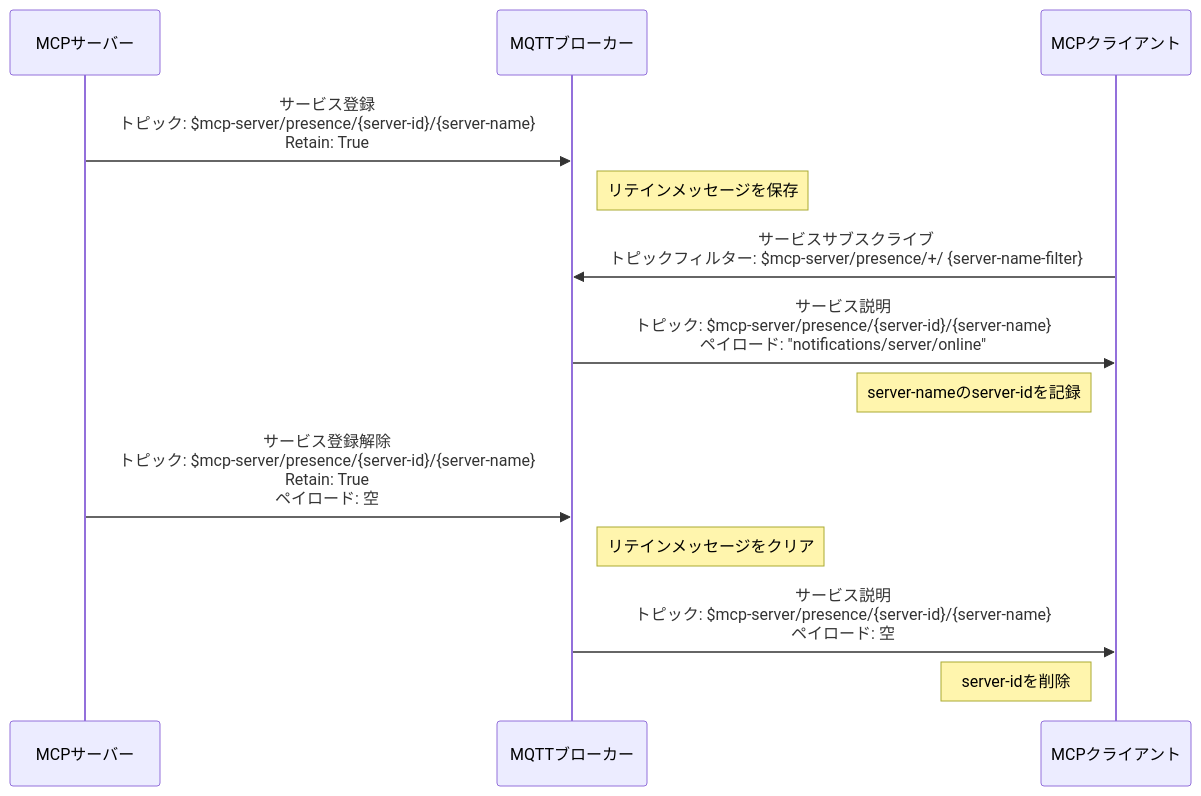
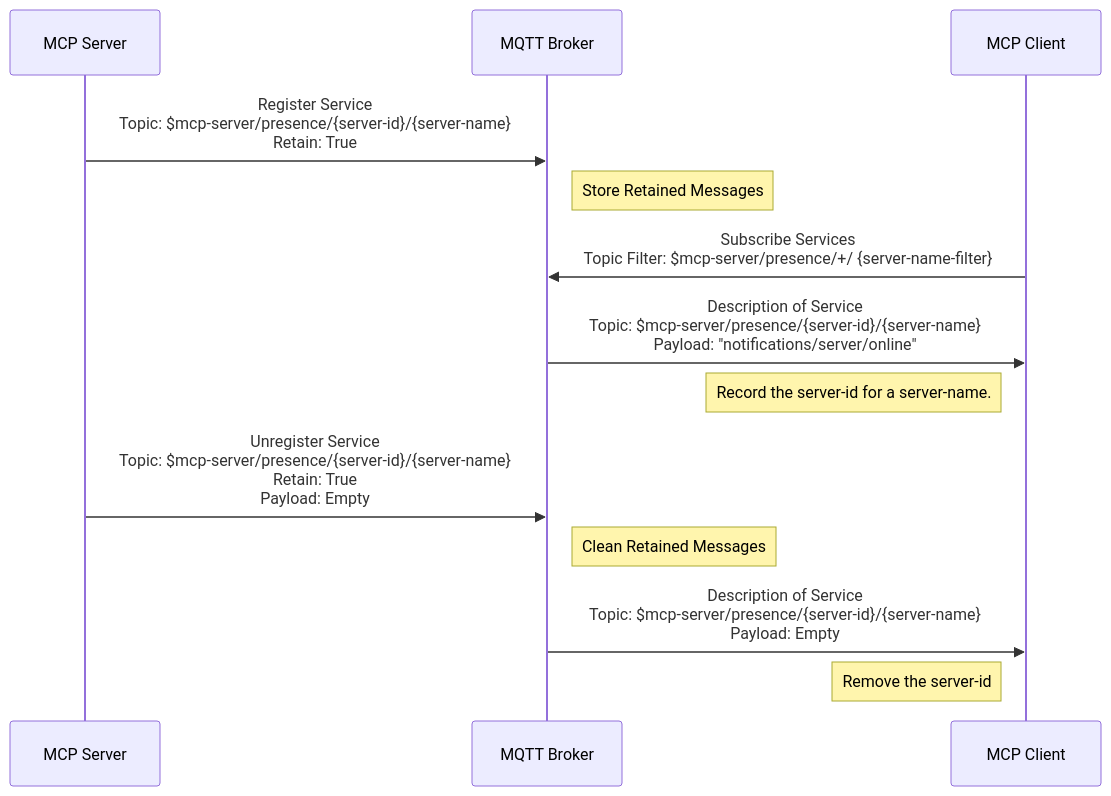
The first of 4 diagrams in ja_JP/develop/emqx-ai/mcp-over-mqtt/specification.md (emqx/emqx-docs), drawn with Mermaid before and after one commit. The commit also changed other lines of this file and 425 other files, not shown here.

````diff
--- a/ja_JP/develop/emqx-ai/mcp-over-mqtt/specification.md
+++ b/ja_JP/develop/emqx-ai/mcp-over-mqtt/specification.md
@@ -208,20 +208,20 @@
 ```mermaid
 sequenceDiagram
-    participant MCP_Server as MCPサーバー
-    participant MQTT_Broker as MQTTブローカー
-    participant MCP_Client as MCPクライアント
+    participant MCP_Server as MCP Server
+    participant MQTT_Broker as MQTT Broker
+    participant MCP_Client as MCP Client
 
-    MCP_Server ->> MQTT_Broker: サービス登録<br/>トピック: $mcp-server/presence/{server-id}/{server-name}<br/>Retain: True
-    Note right of MQTT_Broker: リテインメッセージを保存
+    MCP_Server ->> MQTT_Broker: Register Service<br/>Topic: $mcp-server/presence/{server-id}/{server-name}<br/>Retain: True
+    Note right of MQTT_Broker: Store Retained Messages
 
-    MCP_Client ->> MQTT_Broker: サービスサブスクライブ<br/>トピックフィルター: $mcp-server/presence/+/ {server-name-filter}
+    MCP_Client ->> MQTT_Broker: Subscribe Services<br/>Topic Filter: $mcp-server/presence/+/ {server-name-filter}
 
-    MQTT_Broker ->> MCP_Client: サービス説明<br/>トピック: $mcp-server/presence/{server-id}/{server-name}<br/>ペイロード: "notifications/server/online"
-    Note left of MCP_Client: server-nameのserver-idを記録
+    MQTT_Broker ->> MCP_Client: Description of Service<br/>Topic: $mcp-server/presence/{server-id}/{server-name}<br/>Payload: "notifications/server/online"
+    Note left of MCP_Client: Record the server-id for a server-name.
 
-    MCP_Server ->> MQTT_Broker: サービス登録解除<br/>トピック: $mcp-server/presence/{server-id}/{server-name}<br/>Retain: True<br/>ペイロード: 空
-    Note right of MQTT_Broker: リテインメッセージをクリア
+    MCP_Server ->> MQTT_Broker: Unregister Service<br/>Topic: $mcp-server/presence/{server-id}/{server-name}<br/>Retain: True<br/>Payload: Empty
+    Note right of MQTT_Broker: Clean Retained Messages
 
-    MQTT_Broker ->> MCP_Client: サービス説明<br/>トピック: $mcp-server/presence/{server-id}/{server-name}<br/>ペイロード: 空
-    Note left of MCP_Client: server-idを削除
+    MQTT_Broker ->> MCP_Client: Description of Service<br/>Topic: $mcp-server/presence/{server-id}/{server-name}<br/>Payload: Empty
+    Note left of MCP_Client: Remove the server-id
 ```
````
